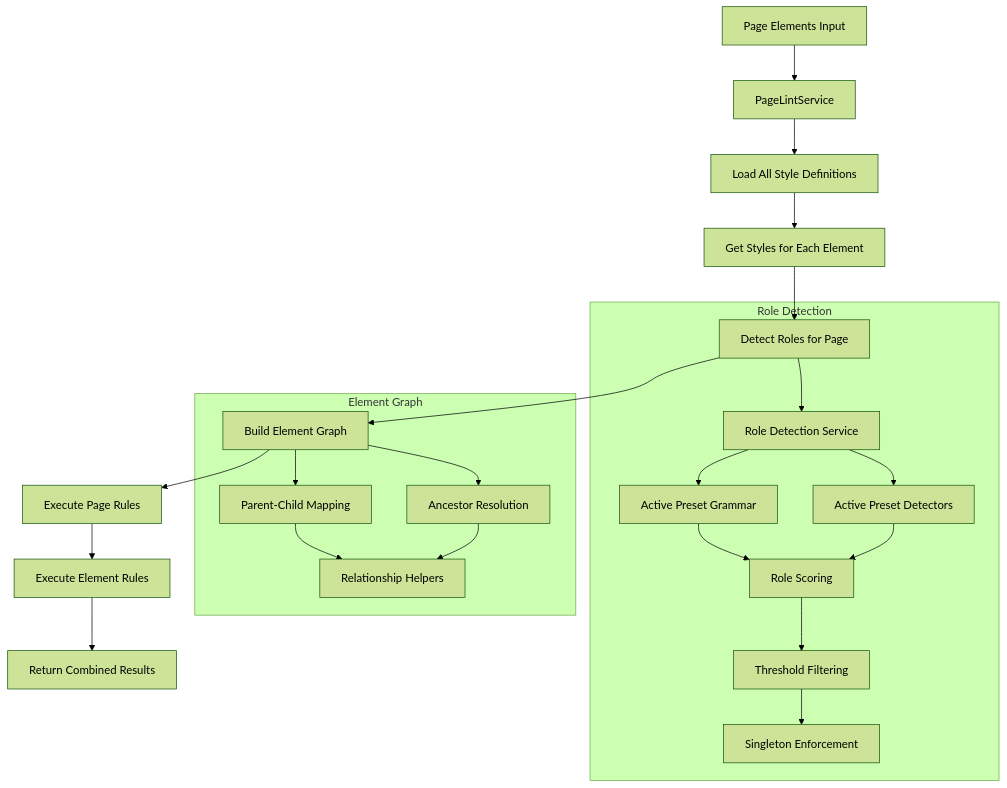
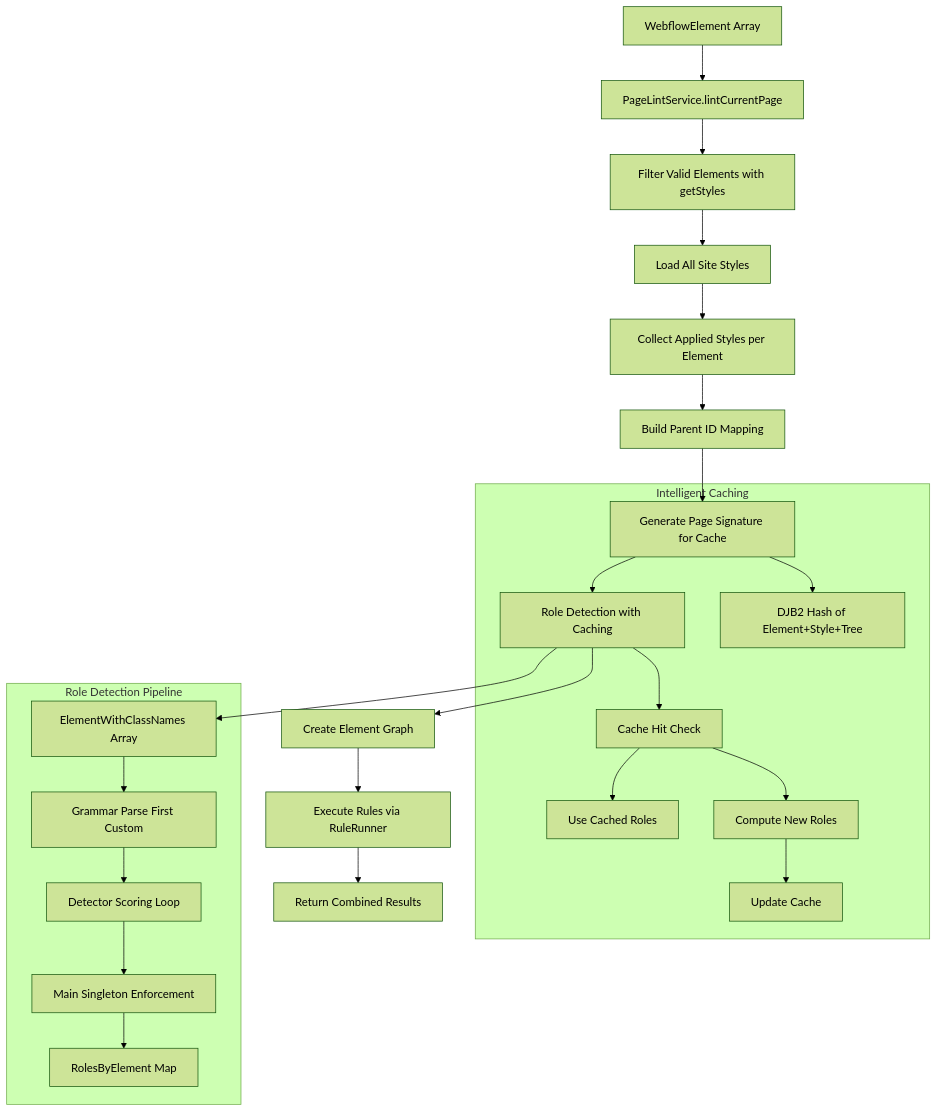
One commit to milesroxas/Flint changed the second of 5 diagrams in src/features/linter/services/README.md. Above: the diagram before and after it, drawn with Mermaid (forest theme). The commit also changed other lines of this file and 93 other files, not shown here.

````diff
--- a/src/features/linter/services/README.md
+++ b/src/features/linter/services/README.md
@@ -190,28 +229,29 @@
 ```mermaid
 flowchart TD
-    A[Page Elements Input] --> B[PageLintService]
-    B --> C[Load All Style Definitions]
-    C --> D[Get Styles for Each Element]
-    D --> E[Detect Roles for Page]
-    E --> F[Build Element Graph]
-    F --> G[Execute Page Rules]
-    G --> H[Execute Element Rules]
-    H --> I[Return Combined Results]
+    A[WebflowElement Array] --> B[PageLintService.lintCurrentPage]
+    B --> C[Filter Valid Elements with getStyles]
+    C --> D[Load All Site Styles]
+    D --> E[Collect Applied Styles per Element]
+    E --> F[Build Parent ID Mapping]
+    F --> G[Generate Page Signature for Cache]
+    G --> H[Role Detection with Caching]
+    H --> I[Create Element Graph]
+    I --> J[Execute Rules via RuleRunner]
+    J --> K[Return Combined Results]
 
-    subgraph "Role Detection"
-        E --> J[Role Detection Service]
-        J --> K[Active Preset Grammar]
-        J --> L[Active Preset Detectors]
-        K --> M[Role Scoring]
-        L --> M
-        M --> N[Threshold Filtering]
-        N --> O[Singleton Enforcement]
+    subgraph "Intelligent Caching"
+        G --> L[DJB2 Hash of Element+Style+Tree]
+        H --> M[Cache Hit Check]
+        M --> N[Use Cached Roles]
+        M --> O[Compute New Roles]
+        O --> P[Update Cache]
     end
 
-    subgraph "Element Graph"
-        F --> P[Parent-Child Mapping]
-        F --> Q[Ancestor Resolution]
-        P --> R[Relationship Helpers]
-        Q --> R
+    subgraph "Role Detection Pipeline"
+        H --> Q[ElementWithClassNames Array]
+        Q --> R[Grammar Parse First Custom]
+        R --> S[Detector Scoring Loop]
+        S --> T[Main Singleton Enforcement]
+        T --> U[RolesByElement Map]
     end
 ```
````
